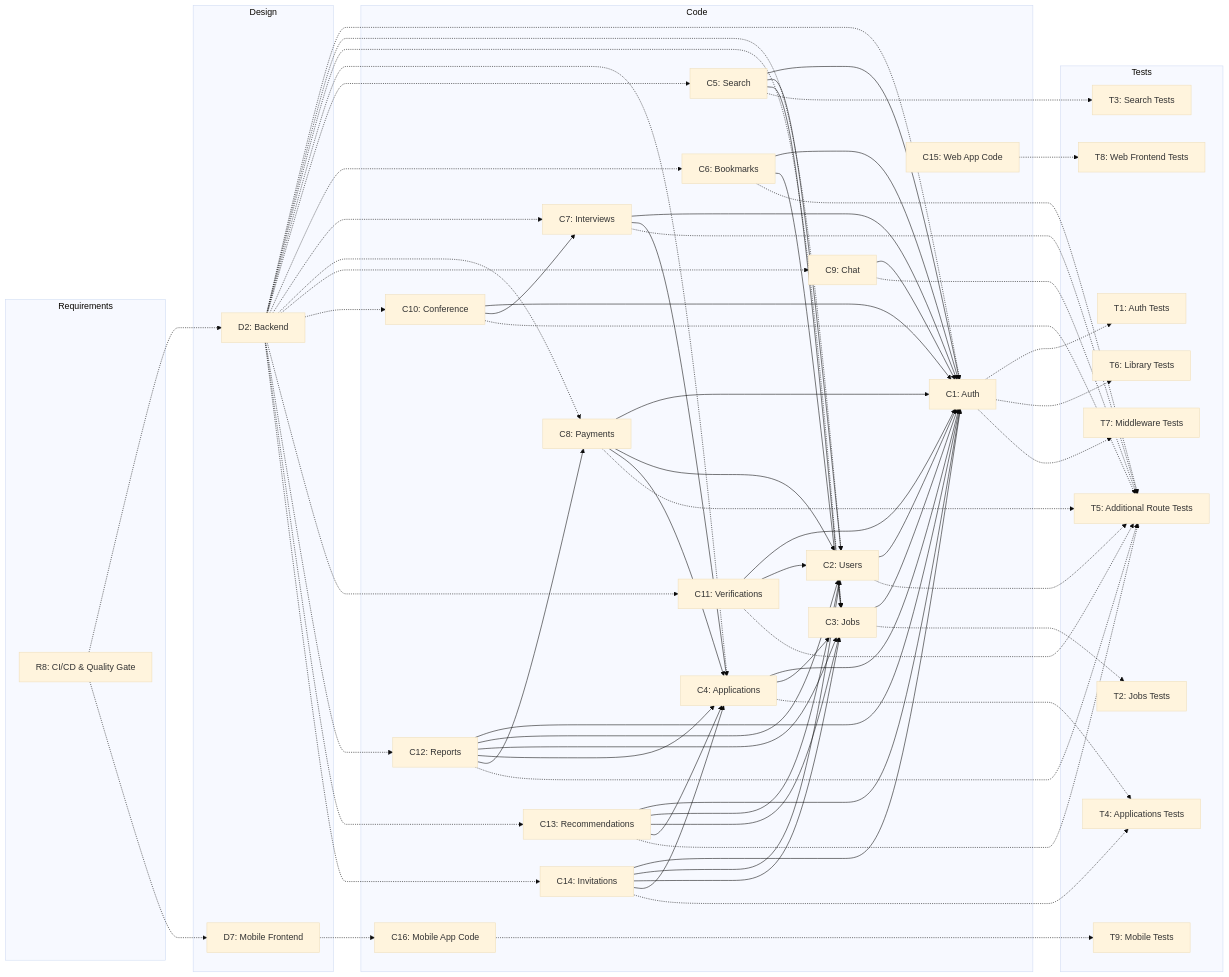
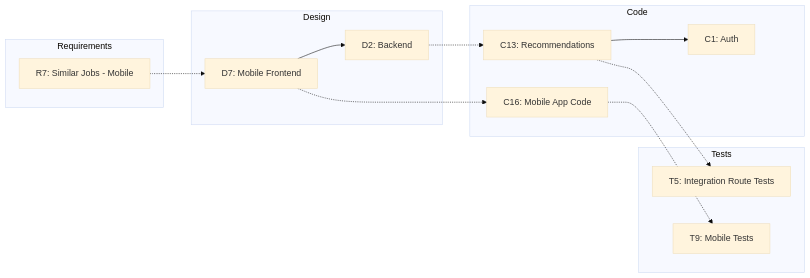
Before and after one commit to outoft3n/2025-ITCS383-Chongyai: the eighth of 8 diagrams in D4_IMPACT_ANALYSIS.MD, drawn with Mermaid (base theme). The commit also changed other lines of this file, not shown here.

````diff
--- a/D4_IMPACT_ANALYSIS.MD
+++ b/D4_IMPACT_ANALYSIS.MD
@@ -699,7 +628,7 @@
 graph LR
 
 subgraph Requirements
-R8[R8: CI/CD & Quality Gate]
+R7[R7: Similar Jobs - Mobile]
 end
 
 subgraph Design
@@ -709,102 +638,24 @@
 
 subgraph Code
 C1[C1: Auth]
-C2[C2: Users]
-C3[C3: Jobs]
-C4[C4: Applications]
-C5[C5: Search]
-C6[C6: Bookmarks]
-C7[C7: Interviews]
-C8[C8: Payments]
-C9[C9: Chat]
-C10[C10: Conference]
-C11[C11: Verifications]
-C12[C12: Reports]
 C13[C13: Recommendations]
-C14[C14: Invitations]
-C15[C15: Web App Code]
 C16[C16: Mobile App Code]
 end
 
 subgraph Tests
-T1[T1: Auth Tests]
-T2[T2: Jobs Tests]
-T3[T3: Search Tests]
-T4[T4: Applications Tests]
-T5[T5: Additional Route Tests]
-T6[T6: Library Tests]
-T7[T7: Middleware Tests]
-T8[T8: Web Frontend Tests]
+T5[T5: Integration Route Tests]
 T9[T9: Mobile Tests]
 end
 
-R8 -.-> D2
-R8 -.-> D7
+R7 -.-> D7
 
-D2 -.-> C1
-D2 -.-> C2
-D2 -.-> C3
-D2 -.-> C4
-D2 -.-> C5
-D2 -.-> C6
-D2 -.-> C7
-D2 -.-> C8
-D2 -.-> C9
-D2 -.-> C10
-D2 -.-> C11
-D2 -.-> C12
+D7 --> D2
+
 D2 -.-> C13
-D2 -.-> C14
 D7 -.-> C16
 
-C1 -.-> T1
-C1 -.-> T6
-C1 -.-> T7
-C2 --> C1
-C2 -.-> T5
-C3 --> C1
-C3 -.-> T2
-C4 --> C1
-C4 --> C3
-C4 -.-> T4
-C5 --> C1
-C5 --> C2
-C5 --> C3
-C5 -.-> T3
-C6 --> C1
-C6 --> C3
-C6 -.-> T5
-C7 --> C1
-C7 --> C4
-C7 -.-> T5
-C8 --> C1
-C8 --> C2
-C8 --> C4
-C8 -.-> T5
-C9 --> C1
-C9 -.-> T5
-C10 --> C1
-C10 --> C7
-C10 -.-> T5
-C11 --> C1
-C11 --> C2
-C11 -.-> T5
-C12 --> C1
-C12 --> C2
-C12 --> C3
-C12 --> C4
-C12 --> C8
-C12 -.-> T5
 C13 --> C1
-C13 --> C2
-C13 --> C3
-C13 --> C4
+
 C13 -.-> T5
-C14 --> C1
-C14 --> C2
-C14 --> C3
-C14 --> C4
-C14 -.-> T4
-C15 -.-> T8
 C16 -.-> T9
 ```
````
